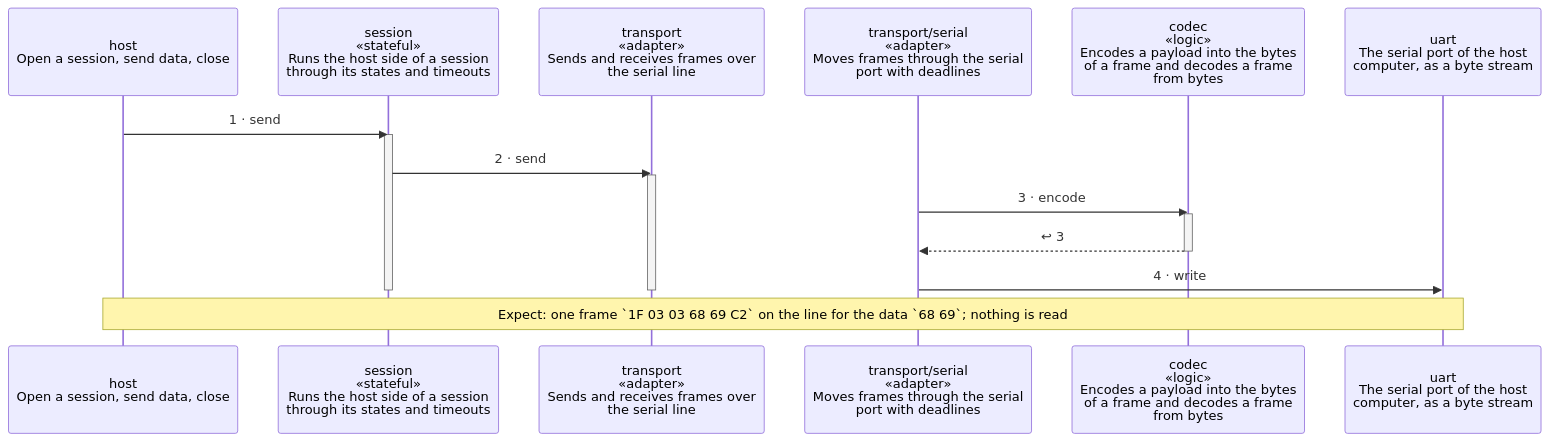
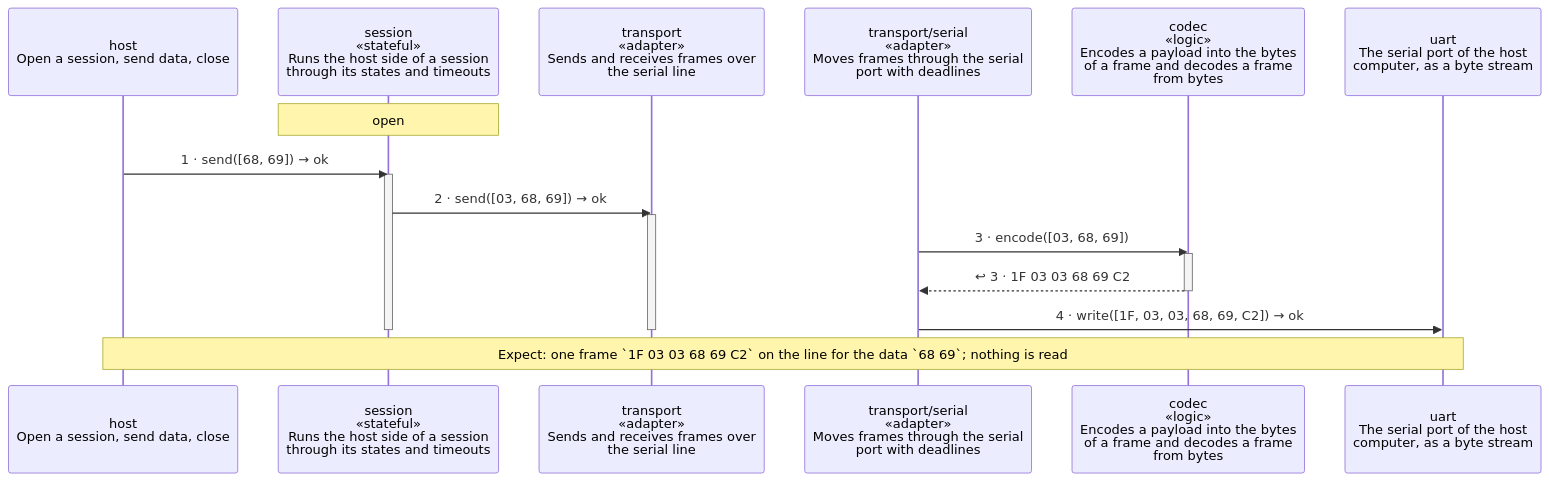
One commit to wackazong/unifold changed the diagram in examples/serial-line/docs/diagrams/scenario-send-data.md. Above: the diagram before and after it, drawn with Mermaid. The commit also changed other lines of this file and 30 other files, not shown here.

````diff
--- a/examples/serial-line/docs/diagrams/scenario-send-data.md
+++ b/examples/serial-line/docs/diagrams/scenario-send-data.md
@@ -12,26 +13,27 @@
 ```mermaid
 ---
 config:
   sequence:
     height: 108
 ---
 sequenceDiagram
   participant phost as host<br/>Open a session, send data, close
   participant psession as session<br/>«stateful»<br/>Runs the host side of a session<br/>through its states and timeouts
   participant ptransport as transport<br/>«adapter»<br/>Sends and receives frames over<br/>the serial line
   participant ptransport__serial as transport/serial<br/>«adapter»<br/>Moves frames through the serial<br/>port with deadlines
   participant pcodec as codec<br/>«logic»<br/>Encodes a payload into the bytes<br/>of a frame and decodes a frame<br/>from bytes
   participant puart as uart<br/>The serial port of the host<br/>computer, as a byte stream
-  phost->>psession: 1 · send
+  Note over psession: open
+  phost->>psession: 1 · send([68, 69]) → ok
   activate psession
-  psession->>ptransport: 2 · send
+  psession->>ptransport: 2 · send([03, 68, 69]) → ok
   activate ptransport
-  ptransport__serial->>pcodec: 3 · encode
+  ptransport__serial->>pcodec: 3 · encode([03, 68, 69])
   activate pcodec
-  pcodec-->>ptransport__serial: ↩ 3
+  pcodec-->>ptransport__serial: ↩ 3 · 1F 03 03 68 69 C2
   deactivate pcodec
-  ptransport__serial->>puart: 4 · write
+  ptransport__serial->>puart: 4 · write([1F, 03, 03, 68, 69, C2]) → ok
   deactivate ptransport
   deactivate psession
   Note over phost,puart: wrap: Expect: one frame `1F 03 03 68 69 C2` on the line for the data `68 69`#59; nothing is read
 ```
````
